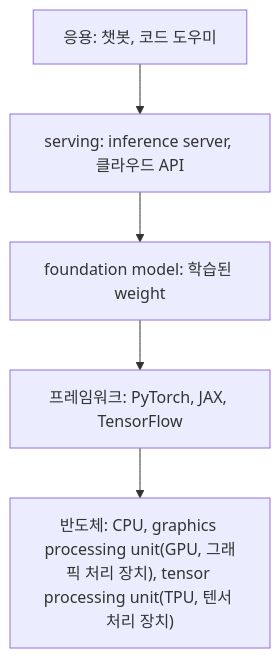
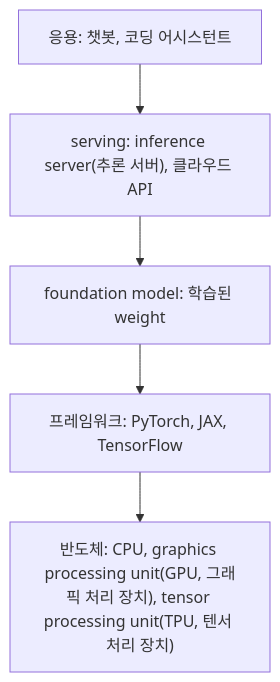
Before and after one commit to dipi0123/ai-insight-notes: the first of 2 diagrams in book/part01-big-picture/01-06-industry-stack.md, drawn with Mermaid. The commit also changed other lines of this file and 35 other files, not shown here.

````diff
--- a/book/part01-big-picture/01-06-industry-stack.md
+++ b/book/part01-big-picture/01-06-industry-stack.md
@@ -24,7 +24,7 @@
 ```mermaid
 flowchart TB
-  A["응용: 챗봇, 코드 도우미"] --> S["serving: inference server, 클라우드 API"]
+  A["응용: 챗봇, 코딩 어시스턴트"] --> S["serving: inference server(추론 서버), 클라우드 API"]
   S --> F["foundation model: 학습된 weight"]
   F --> W["프레임워크: PyTorch, JAX, TensorFlow"]
   W --> C["반도체: CPU, graphics processing unit(GPU, 그래픽 처리 장치), tensor processing unit(TPU, 텐서 처리 장치)"]
 ```
````
